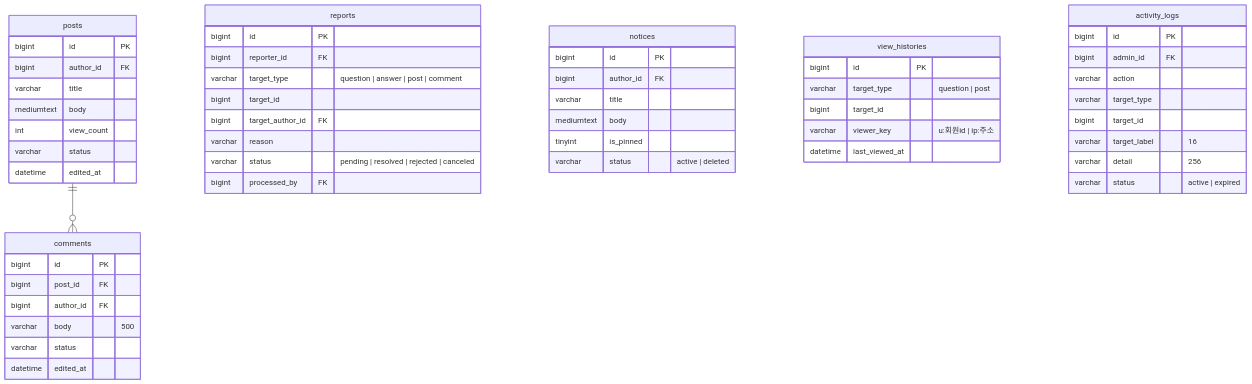
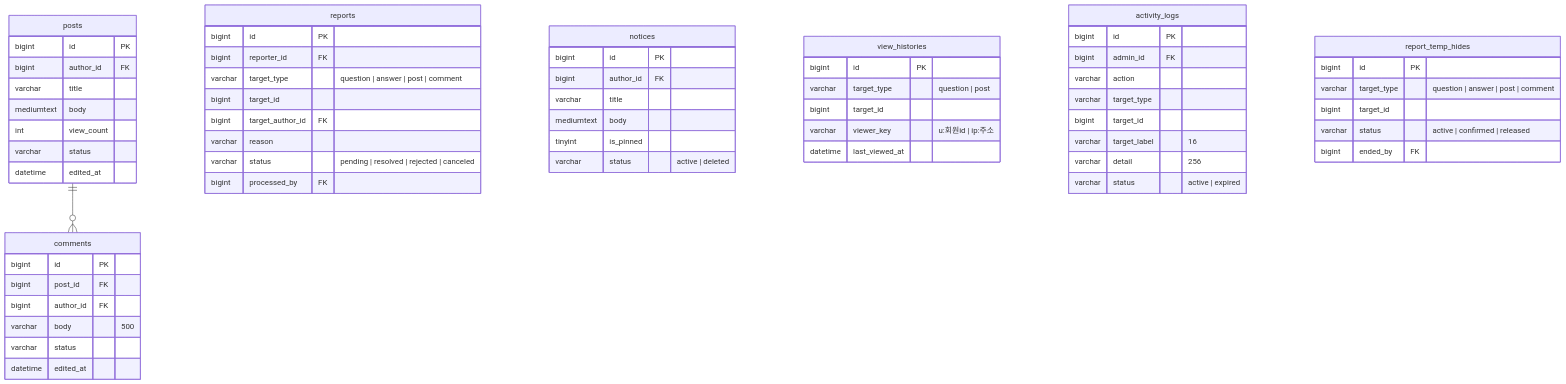
The fourth of 4 diagrams in docs/04-db-design.md (likelion-backendschool-11st/basic-project-1team), drawn with Mermaid before and after one commit. The commit also changed other lines of this file and 2 other files, not shown here.

````diff
--- a/docs/04-db-design.md
+++ b/docs/04-db-design.md
@@ -262,56 +267,63 @@
 ```mermaid
 erDiagram
     posts {
         bigint id PK
         bigint author_id FK
         varchar title
         mediumtext body
         int view_count
         varchar status
         datetime edited_at
     }
     comments {
         bigint id PK
         bigint post_id FK
         bigint author_id FK
         varchar body "500"
         varchar status
         datetime edited_at
     }
     reports {
         bigint id PK
         bigint reporter_id FK
         varchar target_type "question | answer | post | comment"
         bigint target_id
         bigint target_author_id FK
         varchar reason
         varchar status "pending | resolved | rejected | canceled"
         bigint processed_by FK
     }
     notices {
         bigint id PK
         bigint author_id FK
         varchar title
         mediumtext body
         tinyint is_pinned
         varchar status "active | deleted"
     }
     view_histories {
         bigint id PK
         varchar target_type "question | post"
         bigint target_id
         varchar viewer_key "u:회원id | ip:주소"
         datetime last_viewed_at
     }
     activity_logs {
         bigint id PK
         bigint admin_id FK
         varchar action
         varchar target_type
         bigint target_id
         varchar target_label "16"
         varchar detail "256"
         varchar status "active | expired"
     }
+    report_temp_hides {
+        bigint id PK
+        varchar target_type "question | answer | post | comment"
+        bigint target_id
+        varchar status "active | confirmed | released"
+        bigint ended_by FK
+    }
     posts ||--o{ comments : ""
 ```
````
